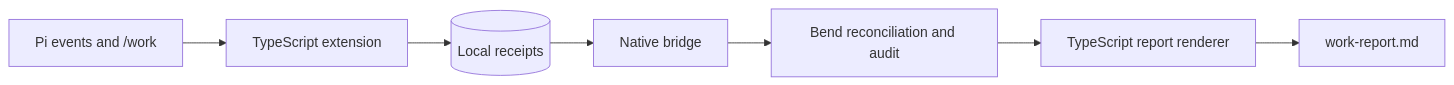
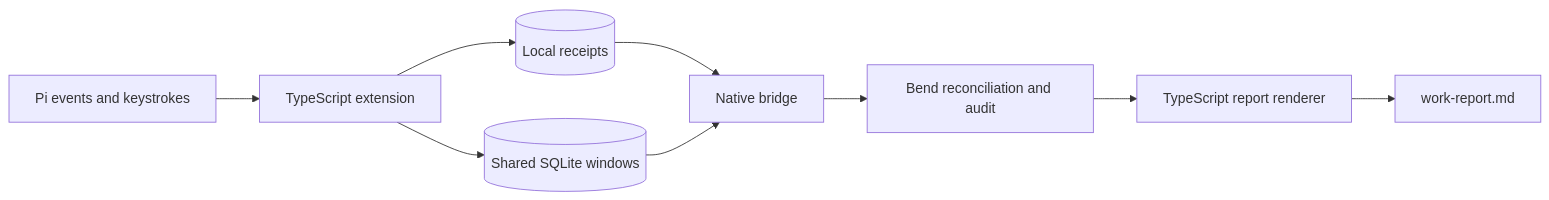
The diagram in README.md (ryan-brosas/pi-time-tracker), drawn with Mermaid before and after one commit. The commit also changed other lines of this file and 17 other files, not shown here.

First line of the commit message:
feat: infer work windows automatically across client workspaces

````diff
--- a/README.md
+++ b/README.md
@@ -50,9 +58,11 @@
 ```mermaid
 flowchart LR
-  Pi["Pi events and /work"] --> Adapter["TypeScript extension"]
+  Pi["Pi events and keystrokes"] --> Adapter["TypeScript extension"]
   Adapter --> Receipts[("Local receipts")]
+  Adapter --> Db[("Shared SQLite windows")]
   Receipts --> Bridge["Native bridge"]
+  Db --> Bridge
   Bridge --> Bend["Bend reconciliation and audit"]
   Bend --> Report["TypeScript report renderer"]
   Report --> Draft["work-report.md"]
 ```
````
